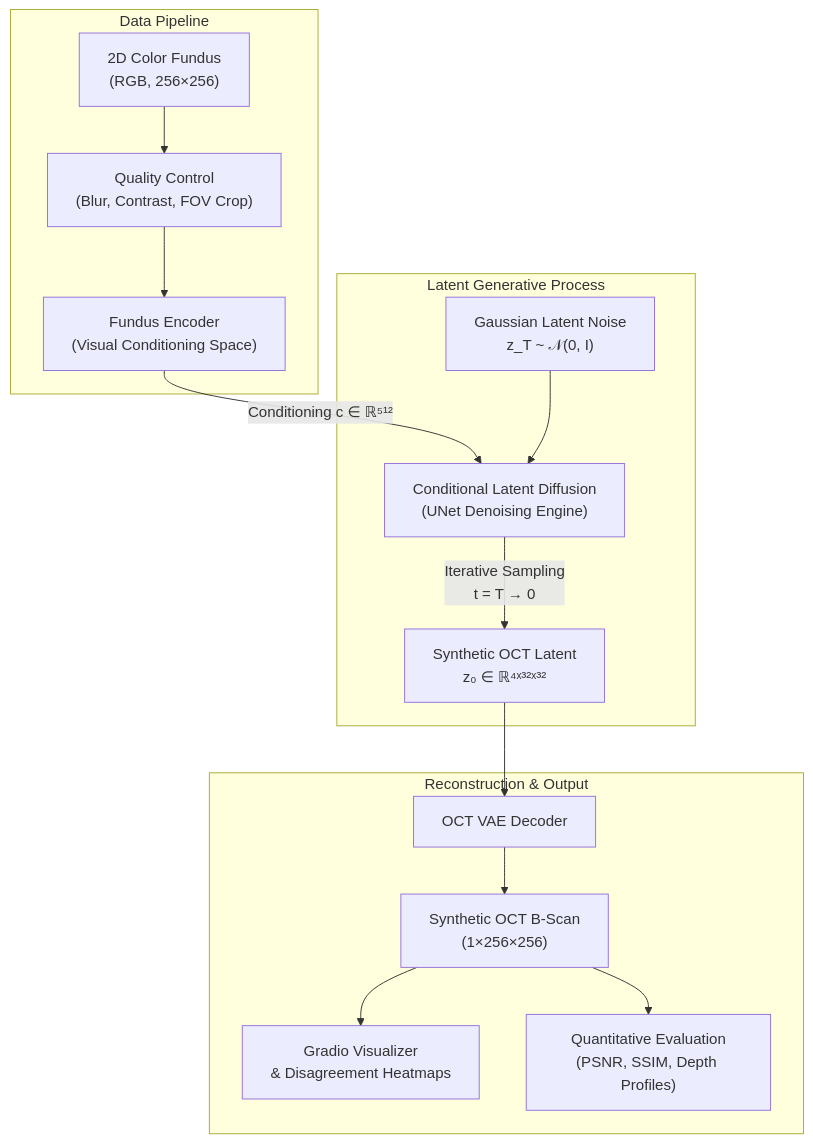
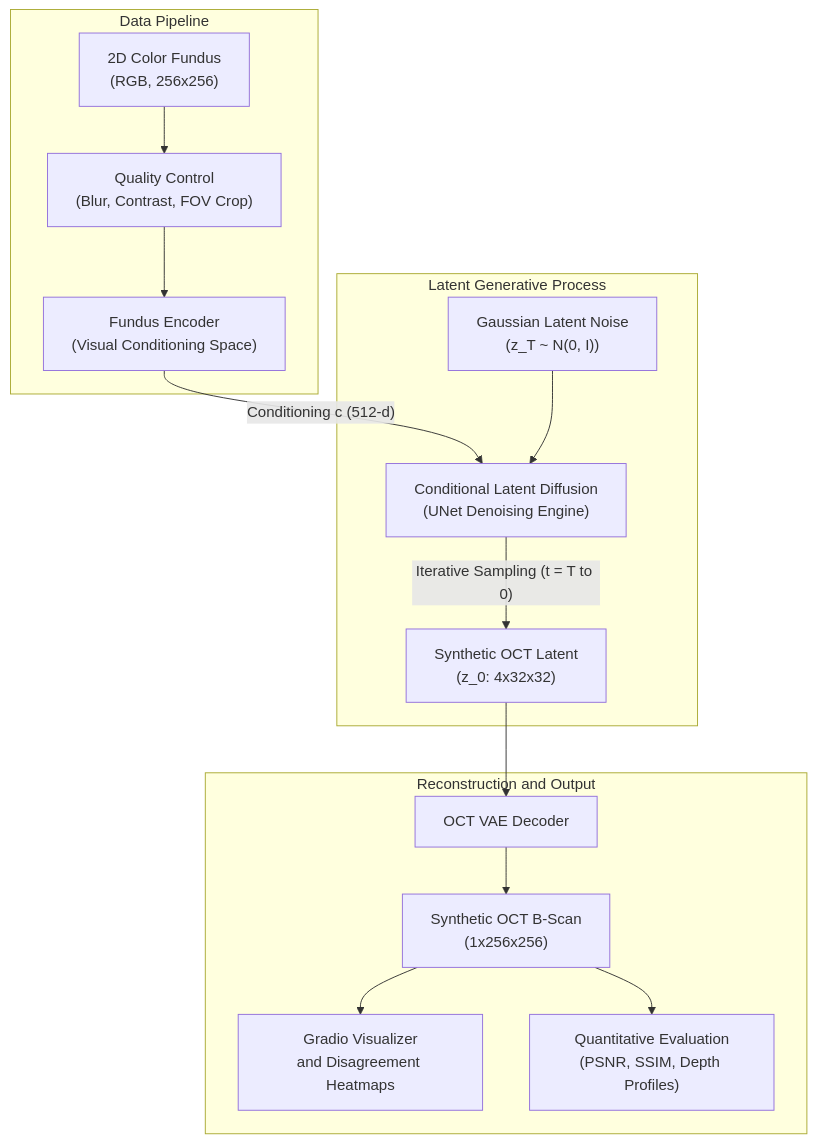
Before and after one commit to Charan9441/Func2Oct: the diagram in README.md, drawn with Mermaid.

````diff
--- a/README.md
+++ b/README.md
@@ -30,20 +30,20 @@
 ```mermaid
 flowchart TD
-    subgraph Data Pipeline
-        A["2D Color Fundus<br/>(RGB, 256×256)"] --> B["Quality Control<br/>(Blur, Contrast, FOV Crop)"]
+    subgraph DP ["Data Pipeline"]
+        A["2D Color Fundus<br/>(RGB, 256x256)"] --> B["Quality Control<br/>(Blur, Contrast, FOV Crop)"]
         B --> C["Fundus Encoder<br/>(Visual Conditioning Space)"]
     end
 
-    subgraph Latent Generative Process
-        C -->|Conditioning c ∈ ℝ⁵¹²| D["Conditional Latent Diffusion<br/>(UNet Denoising Engine)"]
-        N["Gaussian Latent Noise<br/>z_T ~ 𝒩(0, I)"] --> D
-        D -->|Iterative Sampling<br/>t = T → 0| E["Synthetic OCT Latent<br/>z₀ ∈ ℝ⁴ˣ³²ˣ³²"]
+    subgraph LGP ["Latent Generative Process"]
+        C -->|"Conditioning c (512-d)"| D["Conditional Latent Diffusion<br/>(UNet Denoising Engine)"]
+        N["Gaussian Latent Noise<br/>(z_T ~ N(0, I))"] --> D
+        D -->|"Iterative Sampling (t = T to 0)"| E["Synthetic OCT Latent<br/>(z_0: 4x32x32)"]
     end
 
-    subgraph Reconstruction & Output
+    subgraph RO ["Reconstruction and Output"]
         E --> F["OCT VAE Decoder"]
-        F --> G["Synthetic OCT B-Scan<br/>(1×256×256)"]
-        G --> H["Gradio Visualizer<br/>& Disagreement Heatmaps"]
+        F --> G["Synthetic OCT B-Scan<br/>(1x256x256)"]
+        G --> H["Gradio Visualizer<br/>and Disagreement Heatmaps"]
         G --> I["Quantitative Evaluation<br/>(PSNR, SSIM, Depth Profiles)"]
     end
 ```
````
